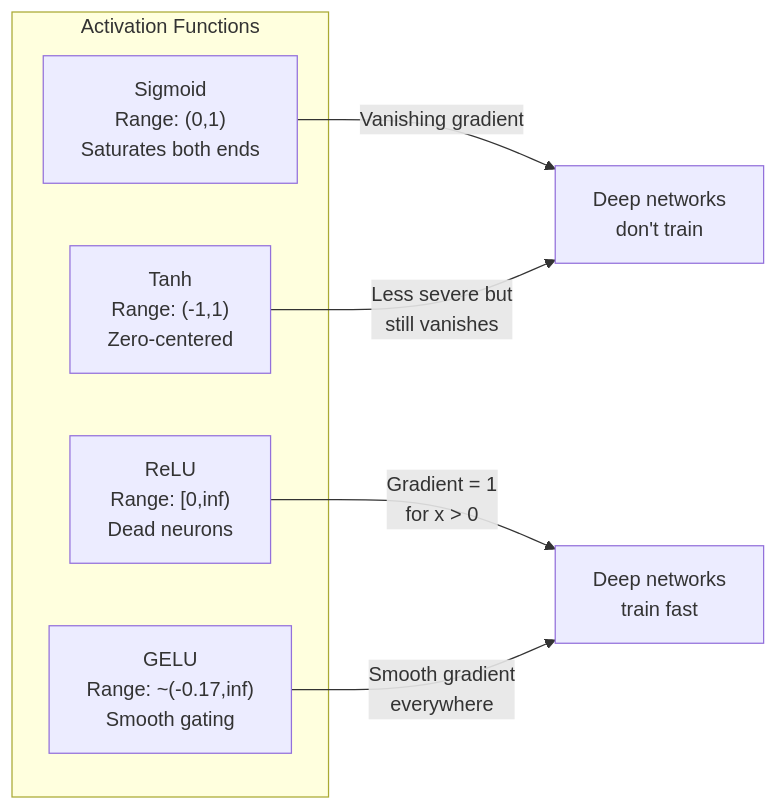
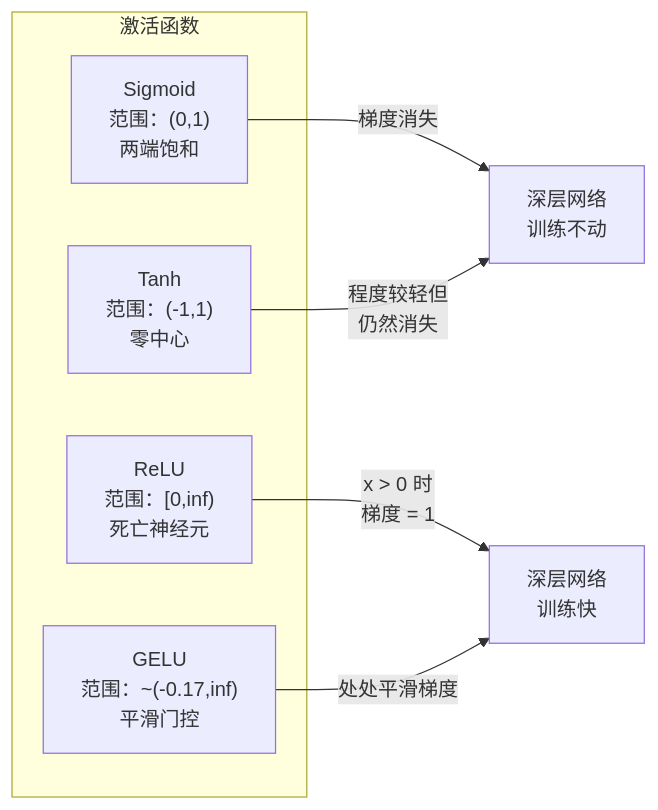
One commit to alessandrodinisio-ai/ai-engineering-learning-framework changed the first of 3 diagrams in phases/03-deep-learning-core/04-activation-functions/docs/zh.md. Above: the diagram before and after it, drawn with Mermaid. The commit also changed other lines of this file and 120 other files, not shown here.

First line of the commit message:
i18n(mermaid): 337 个 mermaid 图表标签中文化

````diff
--- a/phases/03-deep-learning-core/04-activation-functions/docs/zh.md
+++ b/phases/03-deep-learning-core/04-activation-functions/docs/zh.md
@@ -169,13 +169,13 @@
 ```mermaid
 graph LR
-    subgraph "Activation Functions"
-        S["Sigmoid<br/>Range: (0,1)<br/>Saturates both ends"]
-        T["Tanh<br/>Range: (-1,1)<br/>Zero-centered"]
-        R["ReLU<br/>Range: [0,inf)<br/>Dead neurons"]
-        G["GELU<br/>Range: ~(-0.17,inf)<br/>Smooth gating"]
+    subgraph "激活函数"
+        S["Sigmoid<br/>范围：(0,1)<br/>两端饱和"]
+        T["Tanh<br/>范围：(-1,1)<br/>零中心"]
+        R["ReLU<br/>范围：[0,inf)<br/>死亡神经元"]
+        G["GELU<br/>范围：~(-0.17,inf)<br/>平滑门控"]
     end
-    S -->|"Vanishing gradient"| Problem["Deep networks<br/>don't train"]
-    T -->|"Less severe but<br/>still vanishes"| Problem
-    R -->|"Gradient = 1<br/>for x > 0"| Solution["Deep networks<br/>train fast"]
-    G -->|"Smooth gradient<br/>everywhere"| Solution
+    S -->|"梯度消失"| Problem["深层网络<br/>训练不动"]
+    T -->|"程度较轻但<br/>仍然消失"| Problem
+    R -->|"x > 0 时<br/>梯度 = 1"| Solution["深层网络<br/>训练快"]
+    G -->|"处处平滑梯度"| Solution
 ```
````
